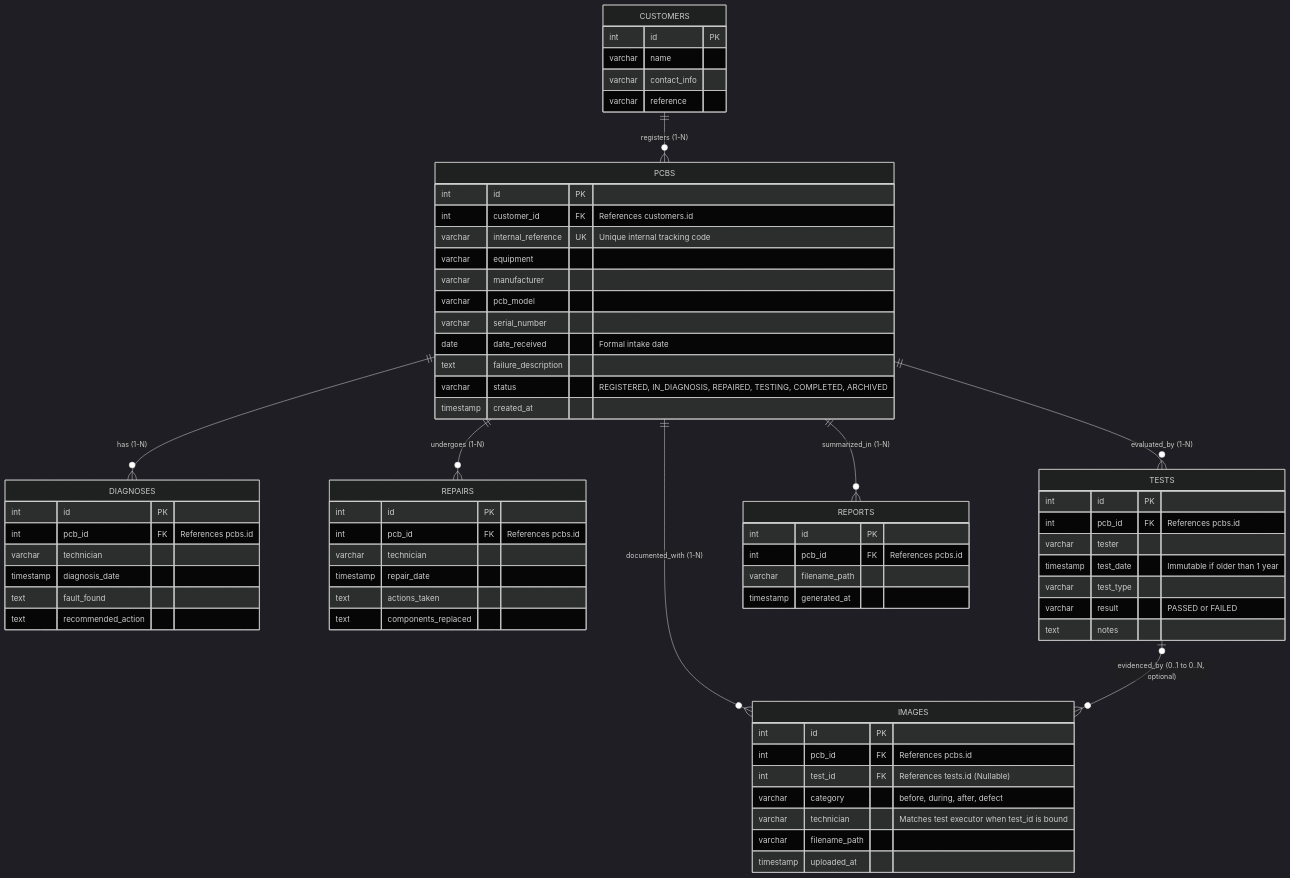
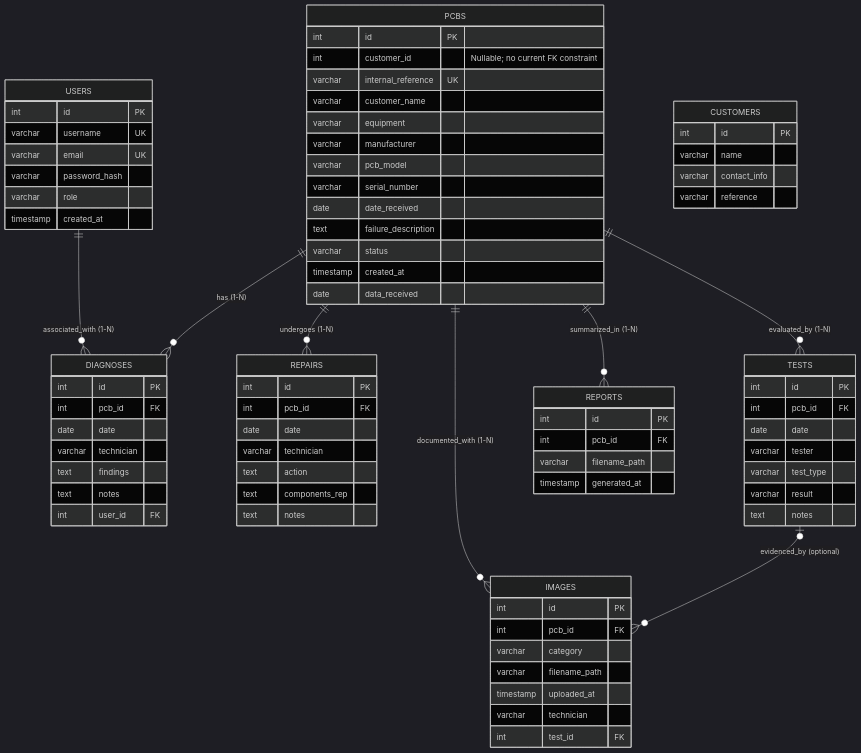
The diagram in documentation/database_schema.md (rdionisio1403/greenuppcb), drawn with Mermaid (dark theme) before and after one commit. The commit also changed other lines of this file and 10 other files, not shown here.

Commit message:
Add user authentication and diagnosis user tracking

````diff
--- a/documentation/database_schema.md
+++ b/documentation/database_schema.md
@@ -15,12 +62,21 @@
 ```mermaid
 erDiagram
-    CUSTOMERS ||--o{ PCBS : "registers (1-N)"
+    USERS ||--o{ DIAGNOSES : "associated_with (1-N)"
     PCBS ||--o{ DIAGNOSES : "has (1-N)"
     PCBS ||--o{ REPAIRS : "undergoes (1-N)"
     PCBS ||--o{ TESTS : "evaluated_by (1-N)"
     PCBS ||--o{ IMAGES : "documented_with (1-N)"
     PCBS ||--o{ REPORTS : "summarized_in (1-N)"
-    TESTS |o--o{ IMAGES : "evidenced_by (0..1 to 0..N, optional)"
+    TESTS |o--o{ IMAGES : "evidenced_by (optional)"
+
+    USERS {
+        int id PK
+        varchar username UK
+        varchar email UK
+        varchar password_hash
+        varchar role
+        timestamp created_at
+    }
 
     CUSTOMERS {
         int id PK
@@ -29,61 +85,66 @@
         varchar reference
     }
 
-PCBS {
+    PCBS {
         int id PK
-        int customer_id FK "References customers.id"
-        varchar internal_reference UK "Unique internal tracking code"
+        int customer_id "Nullable; no current FK constraint"
+        varchar internal_reference UK
+        varchar customer_name
         varchar equipment
         varchar manufacturer
         varchar pcb_model
         varchar serial_number
-        date date_received "Formal intake date"
+        date date_received
         text failure_description
-        varchar status "REGISTERED, IN_DIAGNOSIS, REPAIRED, TESTING, COMPLETED, ARCHIVED"
+        varchar status
         timestamp created_at
+        date data_received
     }
 
     DIAGNOSES {
         int id PK
-        int pcb_id FK "References pcbs.id"
+        int pcb_id FK
+        date date
         varchar technician
-        timestamp diagnosis_date
-        text fault_found
-        text recommended_action
+        text findings
+        text notes
+        int user_id FK
     }
 
-REPAIRS {
+
+  REPAIRS {
         int id PK
-        int pcb_id FK "References pcbs.id"
+        int pcb_id FK
+        date date
         varchar technician
-        timestamp repair_date
-        text actions_taken
-        text components_replaced
+        text action
+        text components_rep
+        text notes
     }
 
     TESTS {
         int id PK
-        int pcb_id FK "References pcbs.id"
+        int pcb_id FK
+        date date
         varchar tester
-        timestamp test_date "Immutable if older than 1 year"
         varchar test_type
-        varchar result "PASSED or FAILED"
+        varchar result
         text notes
     }
 
-IMAGES {
+ IMAGES {
         int id PK
-        int pcb_id FK "References pcbs.id"
-        int test_id FK "References tests.id (Nullable)"
-        varchar category "before, during, after, defect"
-        varchar technician "Matches test executor when test_id is bound"
+        int pcb_id FK
+        varchar category
         varchar filename_path
         timestamp uploaded_at
+        varchar technician
+        int test_id FK
     }
 
     REPORTS {
         int id PK
-        int pcb_id FK "References pcbs.id"
+        int pcb_id FK
         varchar filename_path
         timestamp generated_at
     }
````
